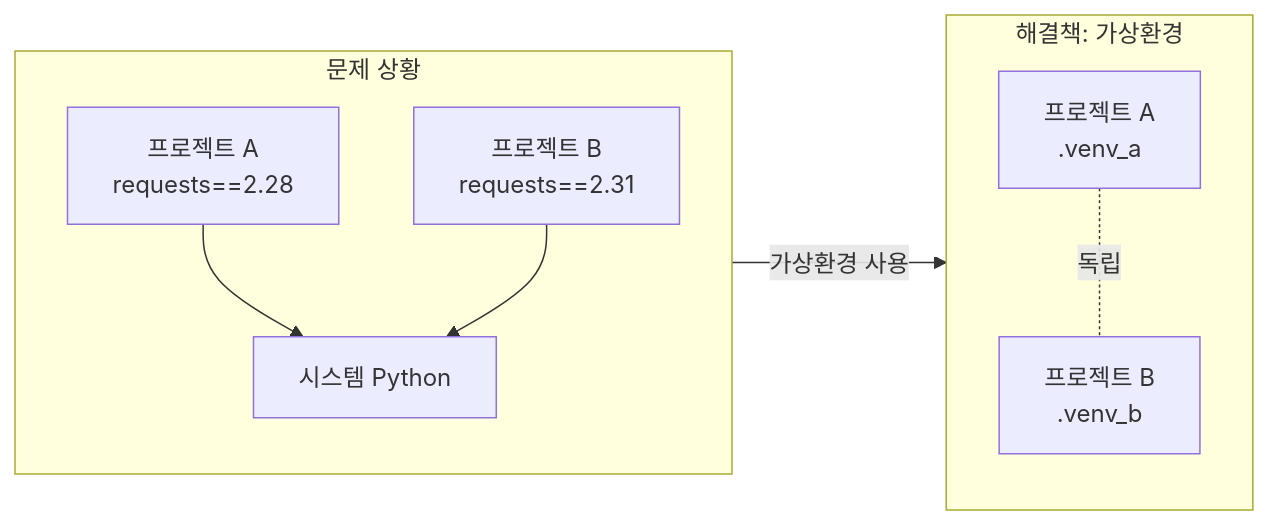
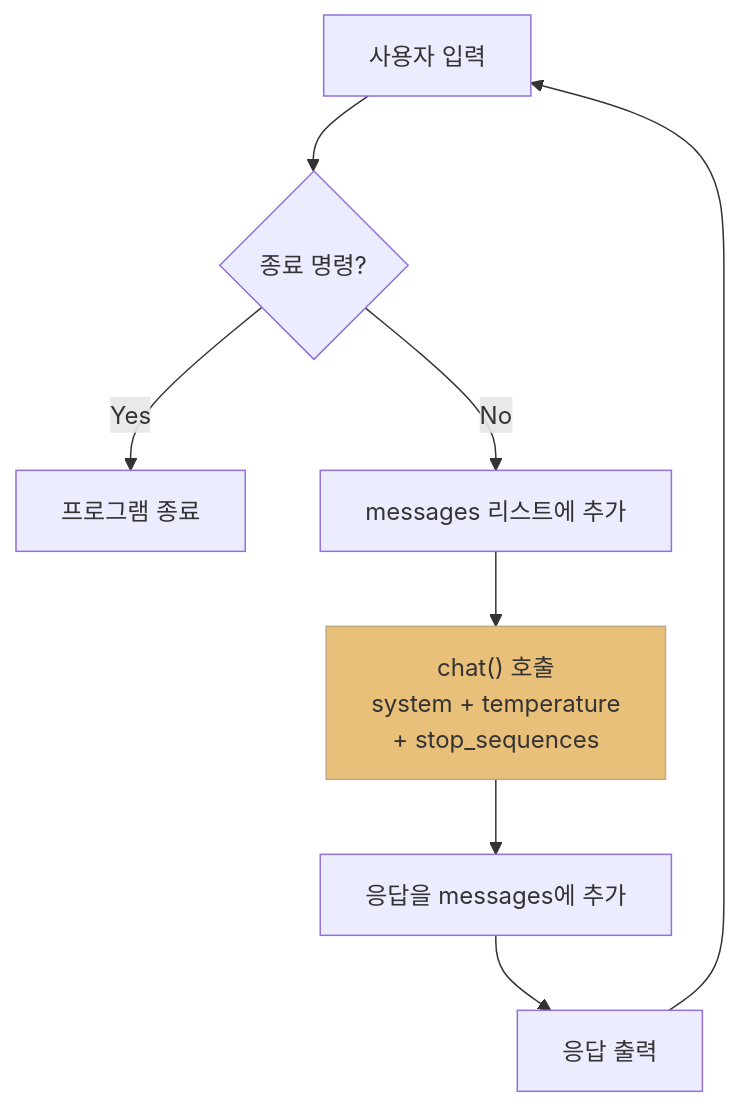
Diagram 12 of 13 in content/01-Notes/Week_02.md (baekja/Lecture_LLM-AE-AI), drawn with Mermaid before and after one commit. The commit also changed other lines of this file and 38 other files, not shown here.

````diff
--- a/content/01-Notes/Week_02.md
+++ b/content/01-Notes/Week_02.md
@@ -128,18 +1091,12 @@
 ```mermaid
-graph LR
-    subgraph Problem["문제 상황"]
-        A["프로젝트 A<br/>requests==2.28"]
-        B["프로젝트 B<br/>requests==2.31"]
-        S["시스템 Python"]
-        A --> S
-        B --> S
-    end
+graph TD
+    A["사용자 입력"] --> B{"종료 명령?"}
+    B -->|Yes| G["프로그램 종료"]
+    B -->|No| C["messages 리스트에 추가"]
+    C --> D["chat() 호출<br/>system + temperature<br/>+ stop_sequences"]
+    D --> E["응답을 messages에 추가"]
+    E --> F["응답 출력"]
+    F --> A
 
-    subgraph Solution["해결책: 가상환경"]
-        A2["프로젝트 A<br/>.venv_a"]
-        B2["프로젝트 B<br/>.venv_b"]
-        A2 -.- |독립| B2
-    end
-
-    Problem --> |가상환경 사용| Solution
+    style D fill:#e8c07a,stroke:#c4a882,color:#333
 ```
````
